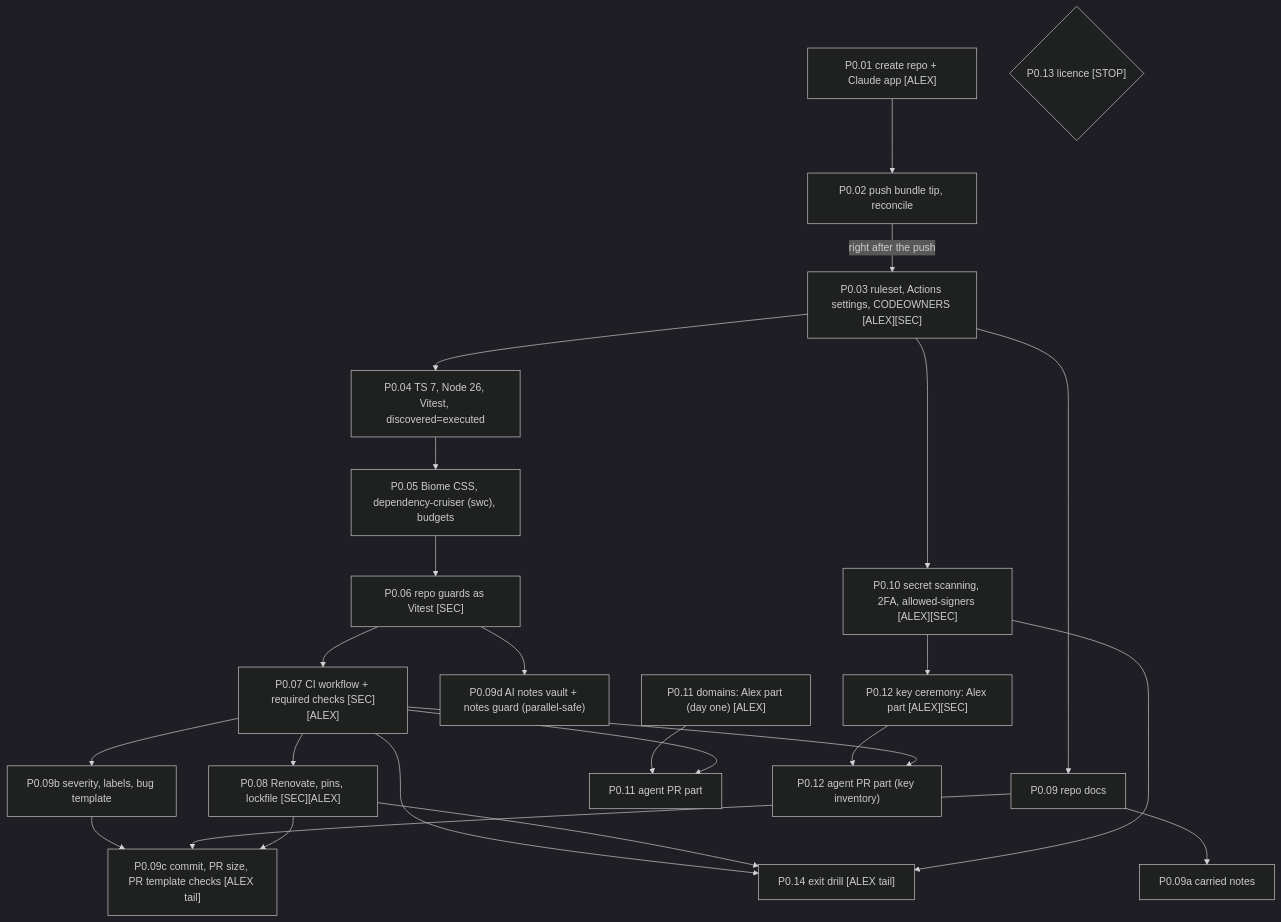
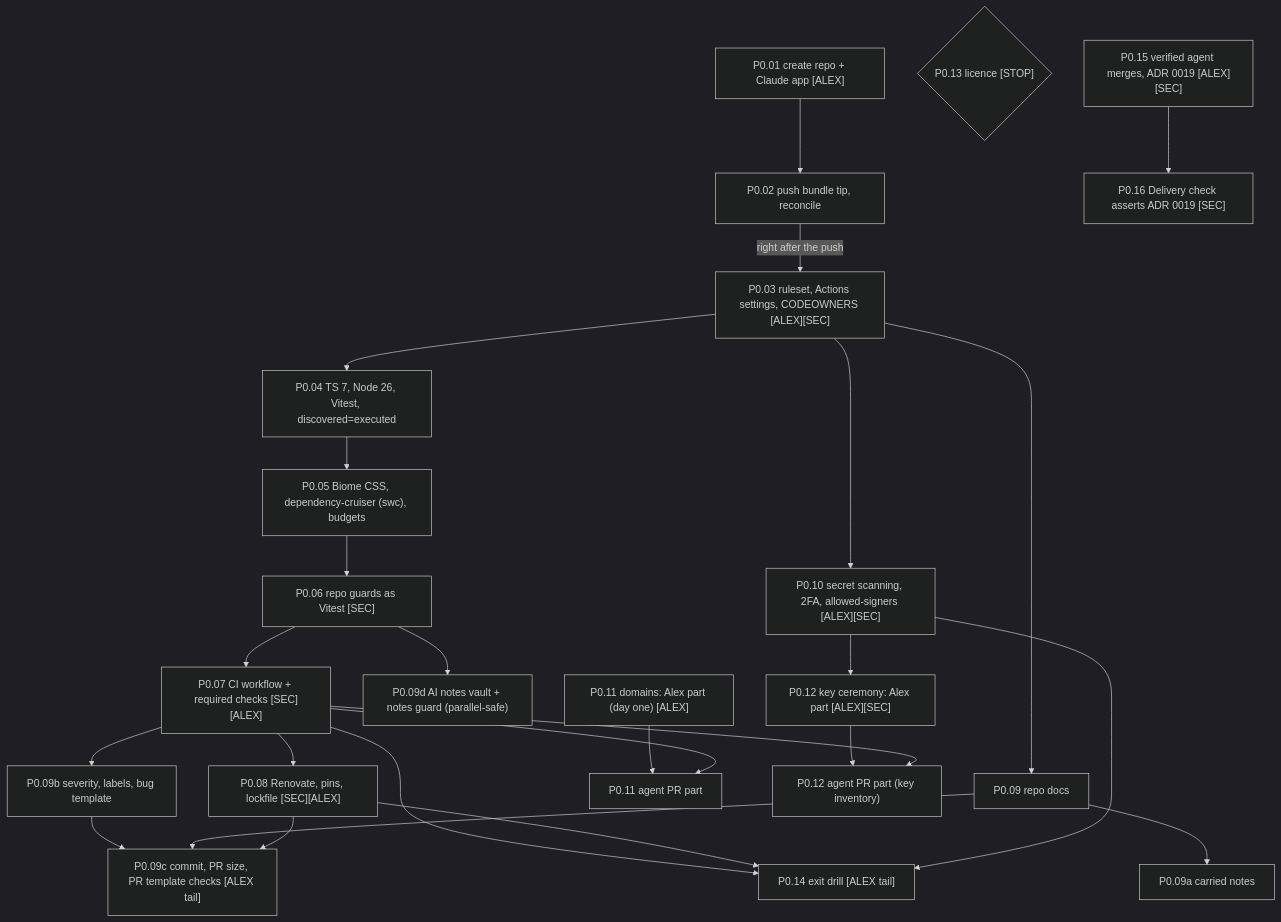
Before and after one commit to Undefined6799/unset: the first of 2 diagrams in docs/ai/book/phase-0.md, drawn with Mermaid (dark theme). The commit also changed other lines of this file and 3 other files, not shown here.

````diff
--- a/docs/ai/book/phase-0.md
+++ b/docs/ai/book/phase-0.md
@@ -76,27 +76,28 @@
 ```mermaid
 flowchart TD
   P001["P0.01 create repo + Claude app [ALEX]"] --> P002["P0.02 push bundle tip, reconcile"]
   P002 -->|"right after the push"| P003["P0.03 ruleset, Actions settings, CODEOWNERS [ALEX][SEC]"]
   P003 --> P004["P0.04 TS 7, Node 26, Vitest, discovered=executed"]
   P004 --> P005["P0.05 Biome CSS, dependency-cruiser (swc), budgets"]
   P005 --> P006["P0.06 repo guards as Vitest [SEC]"]
   P006 --> P007["P0.07 CI workflow + required checks [SEC][ALEX]"]
   P007 --> P008["P0.08 Renovate, pins, lockfile [SEC][ALEX]"]
   P003 --> P009["P0.09 repo docs"]
   P009 --> P009a["P0.09a carried notes"]
   P007 --> P009b["P0.09b severity, labels, bug template"]
   P009b --> P009c["P0.09c commit, PR size, PR template checks [ALEX tail]"]
   P006 --> P009d["P0.09d AI notes vault + notes guard (parallel-safe)"]
   P009 --> P009c
   P008 --> P009c
   P003 --> P010["P0.10 secret scanning, 2FA, allowed-signers [ALEX][SEC]"]
   P011A["P0.11 domains: Alex part (day one) [ALEX]"] --> P011B["P0.11 agent PR part"]
   P007 --> P011B
   P010 --> P012A["P0.12 key ceremony: Alex part [ALEX][SEC]"]
   P012A --> P012B["P0.12 agent PR part (key inventory)"]
   P007 --> P012B
   P013{"P0.13 licence [STOP]"}
   P007 --> P014["P0.14 exit drill [ALEX tail]"]
   P008 --> P014
   P010 --> P014
+  P015["P0.15 verified agent merges, ADR 0019 [ALEX][SEC]"] --> P016["P0.16 Delivery check asserts ADR 0019 [SEC]"]
 ```
````
